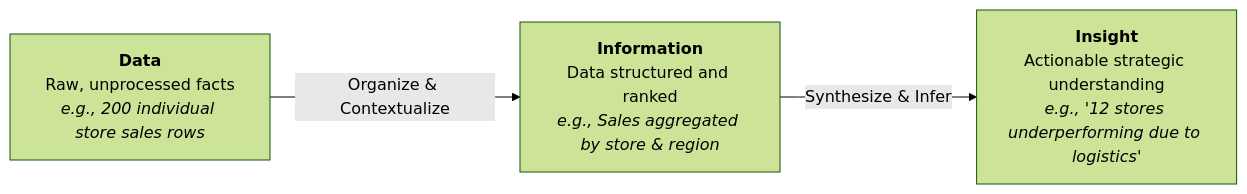
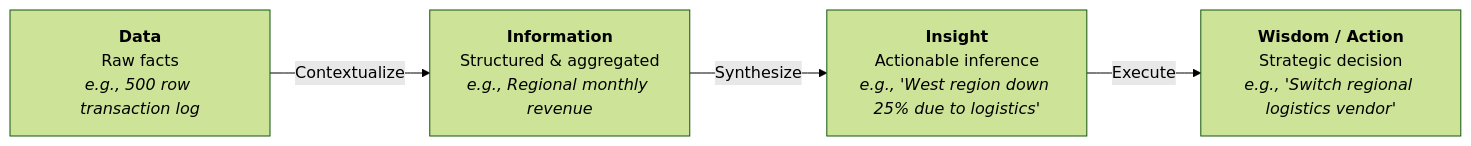
Before and after one commit to DeepLumiere/DeepSkills: the third of 9 diagrams in notes/data_analysis/Chapter8_Business_Data_Visualization_Definition_Purpose_Usage.md, drawn with Mermaid (forest theme). The commit also changed other lines of this file and 8 other files, not shown here.

````diff
--- a/notes/data_analysis/Chapter8_Business_Data_Visualization_Definition_Purpose_Usage.md
+++ b/notes/data_analysis/Chapter8_Business_Data_Visualization_Definition_Purpose_Usage.md
@@ -119,5 +82,6 @@
 ```mermaid
 flowchart LR
-    D["<b>Data</b><br/>Raw, unprocessed facts<br/><i>e.g., 200 individual store sales rows</i>"] -->|Organize & Contextualize| I["<b>Information</b><br/>Data structured and ranked<br/><i>e.g., Sales aggregated by store & region</i>"]
-    I -->|Synthesize & Infer| INS["<b>Insight</b><br/>Actionable strategic understanding<br/><i>e.g., '12 stores underperforming due to logistics'</i>"]
+    D["<b>Data</b><br/>Raw facts<br/><i>e.g., 500 row transaction log</i>"] -->|Contextualize| I["<b>Information</b><br/>Structured & aggregated<br/><i>e.g., Regional monthly revenue</i>"]
+    I -->|Synthesize| INS["<b>Insight</b><br/>Actionable inference<br/><i>e.g., 'West region down 25% due to logistics'</i>"]
+    INS -->|Execute| W["<b>Wisdom / Action</b><br/>Strategic decision<br/><i>e.g., 'Switch regional logistics vendor'</i>"]
 ```
````
